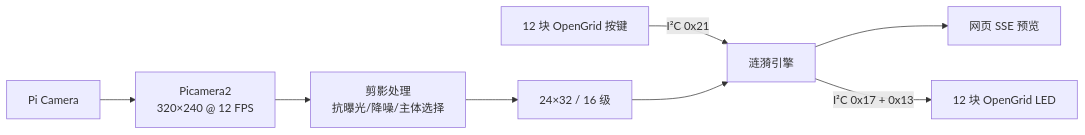
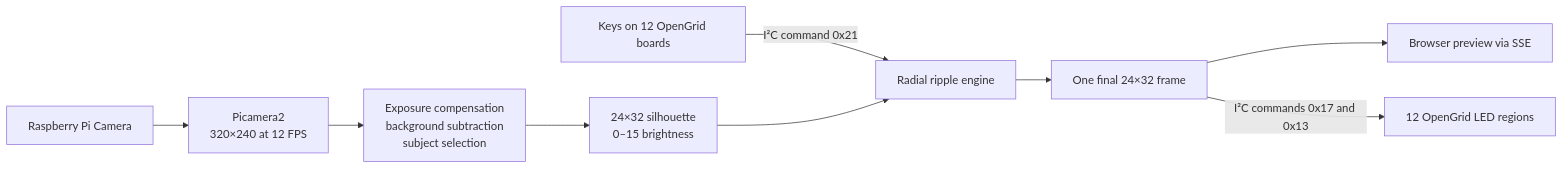
One commit to FreepoetOfficial/Mirror-huge-grid-made-by-OpenGrid changed the diagram in README.md. Above: the diagram before and after it, drawn with Mermaid. The commit also changed other lines of this file, not shown here.

````diff
--- a/README.md
+++ b/README.md
@@ -20,10 +90,11 @@
 ```mermaid
 flowchart LR
-    C[Pi Camera] --> P[Picamera2<br/>320×240 @ 12 FPS]
-    P --> S[剪影处理<br/>抗曝光/降噪/主体选择]
-    S --> M[24×32 / 16 级]
-    K[12 块 OpenGrid 按键] -->|I²C 0x21| R[涟漪引擎]
+    C[Raspberry Pi Camera] --> P[Picamera2<br/>320×240 at 12 FPS]
+    P --> S[Exposure compensation<br/>background subtraction<br/>subject selection]
+    S --> M[24×32 silhouette<br/>0–15 brightness]
+    K[Keys on 12 OpenGrid boards] -->|I²C command 0x21| R[Radial ripple engine]
     M --> R
-    R --> W[网页 SSE 预览]
-    R -->|I²C 0x17 + 0x13| G[12 块 OpenGrid LED]
+    R --> F[One final 24×32 frame]
+    F --> W[Browser preview via SSE]
+    F -->|I²C commands 0x17 and 0x13| G[12 OpenGrid LED regions]
 ```
````
